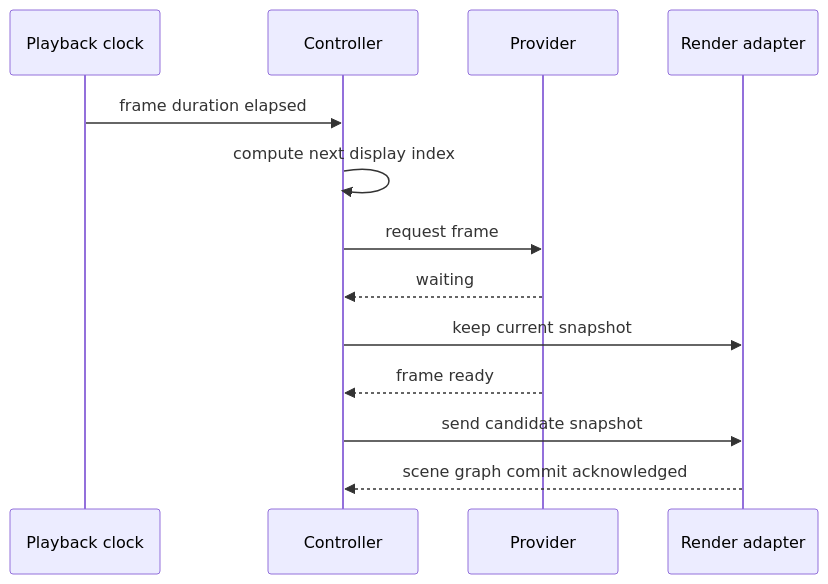
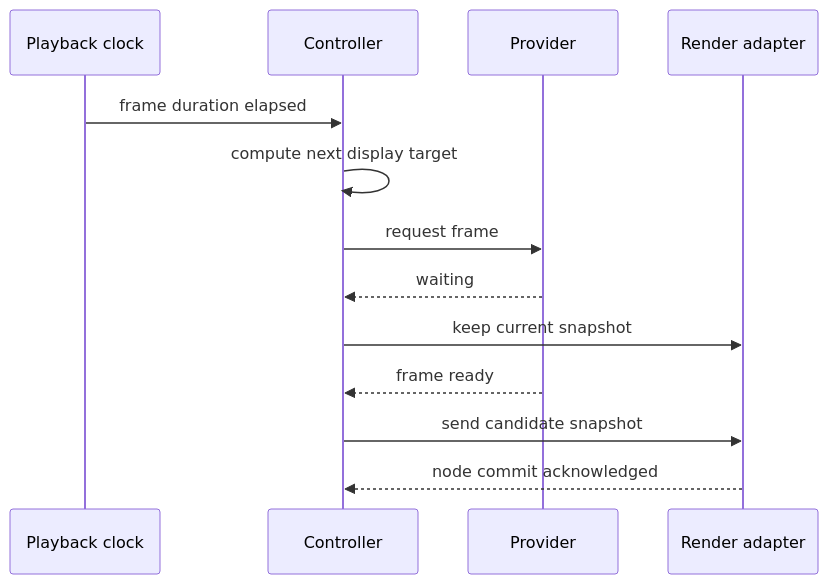
Before and after one commit to hnjae/kiriview: the third of 5 diagrams in docs/architecture/playback-state-machine.md, drawn with Mermaid. The commit also changed other lines of this file and 12 other files, not shown here.

First line of the commit message:
docs(imageviewport): consolidate sequence and render contracts

````diff
--- a/docs/architecture/playback-state-machine.md
+++ b/docs/architecture/playback-state-machine.md
@@ -97,16 +116,16 @@
 ```mermaid
 sequenceDiagram
     participant Clock as Playback clock
     participant Controller as Controller
     participant Provider as Provider
     participant Render as Render adapter
 
     Clock->>Controller: frame duration elapsed
-    Controller->>Controller: compute next display index
+    Controller->>Controller: compute next display target
     Controller->>Provider: request frame
     Provider-->>Controller: waiting
     Controller->>Render: keep current snapshot
     Provider-->>Controller: frame ready
     Controller->>Render: send candidate snapshot
-    Render-->>Controller: scene graph commit acknowledged
+    Render-->>Controller: node commit acknowledged
 ```
````
